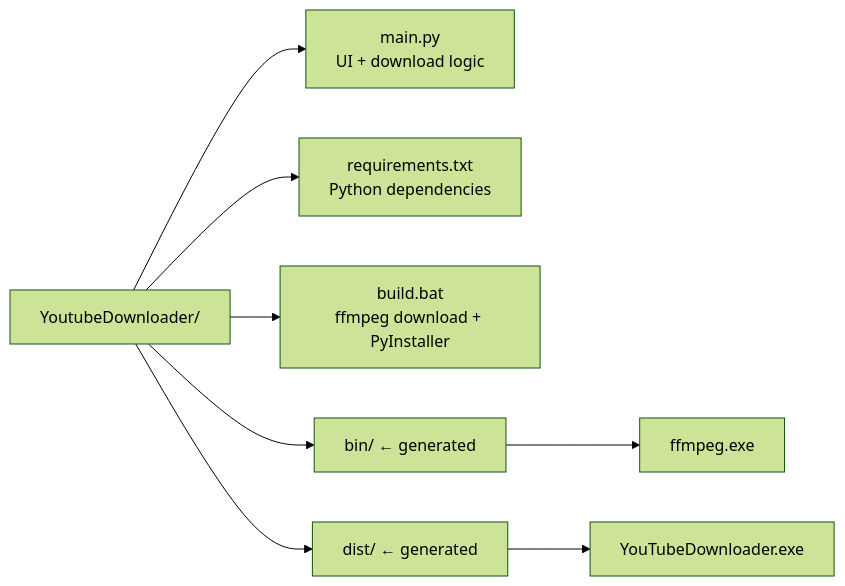
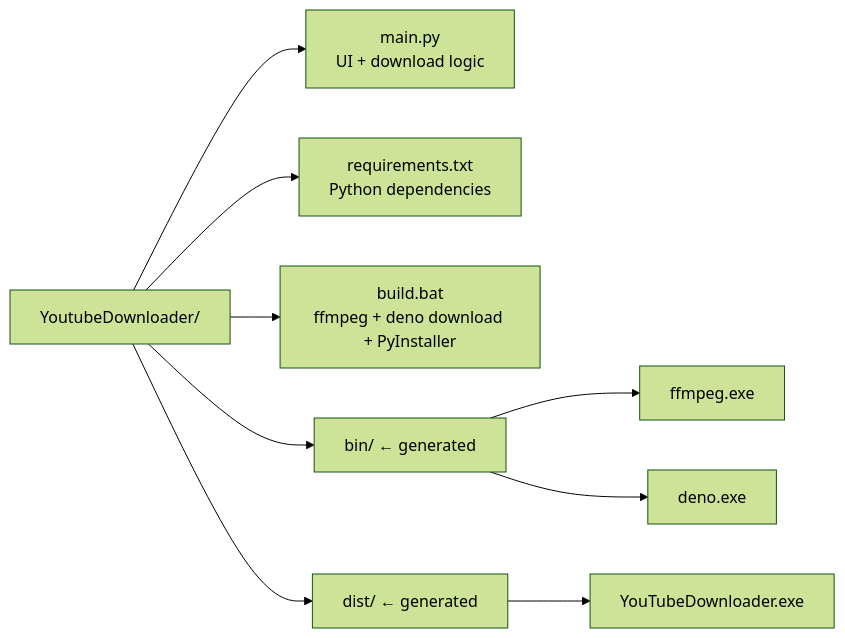
One commit to BrunoGrifo/YoutubeDownloader changed the third of 3 diagrams in README.md. Above: the diagram before and after it, drawn with Mermaid (forest theme). The commit also changed other lines of this file and 3 other files, not shown here.

````diff
--- a/README.md
+++ b/README.md
@@ -107,11 +114,12 @@
 ```mermaid
 graph LR
     root["YoutubeDownloader/"]
     root --> main["main.py\nUI + download logic"]
     root --> req["requirements.txt\nPython dependencies"]
-    root --> bat["build.bat\nffmpeg download + PyInstaller"]
+    root --> bat["build.bat\nffmpeg + deno download + PyInstaller"]
     root --> bin["bin/  ← generated"]
     root --> dist["dist/  ← generated"]
     bin --> ffmpeg["ffmpeg.exe"]
+    bin --> deno["deno.exe"]
     dist --> exe["YouTubeDownloader.exe"]
 ```
````
